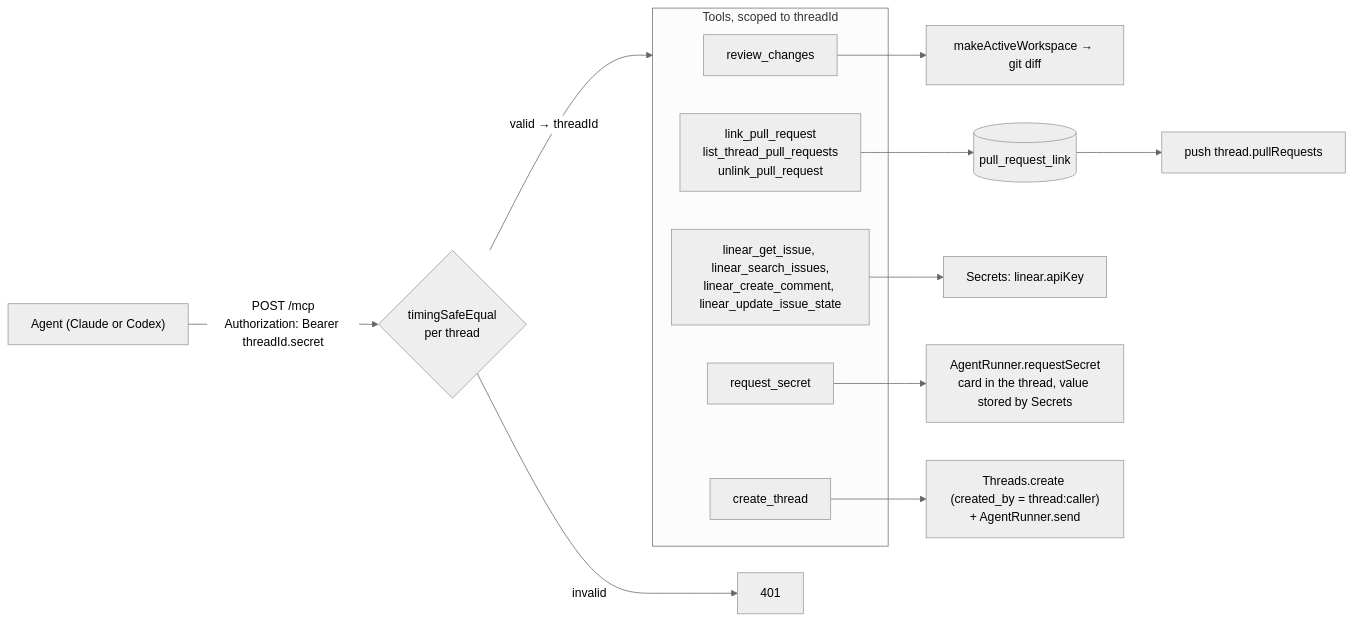
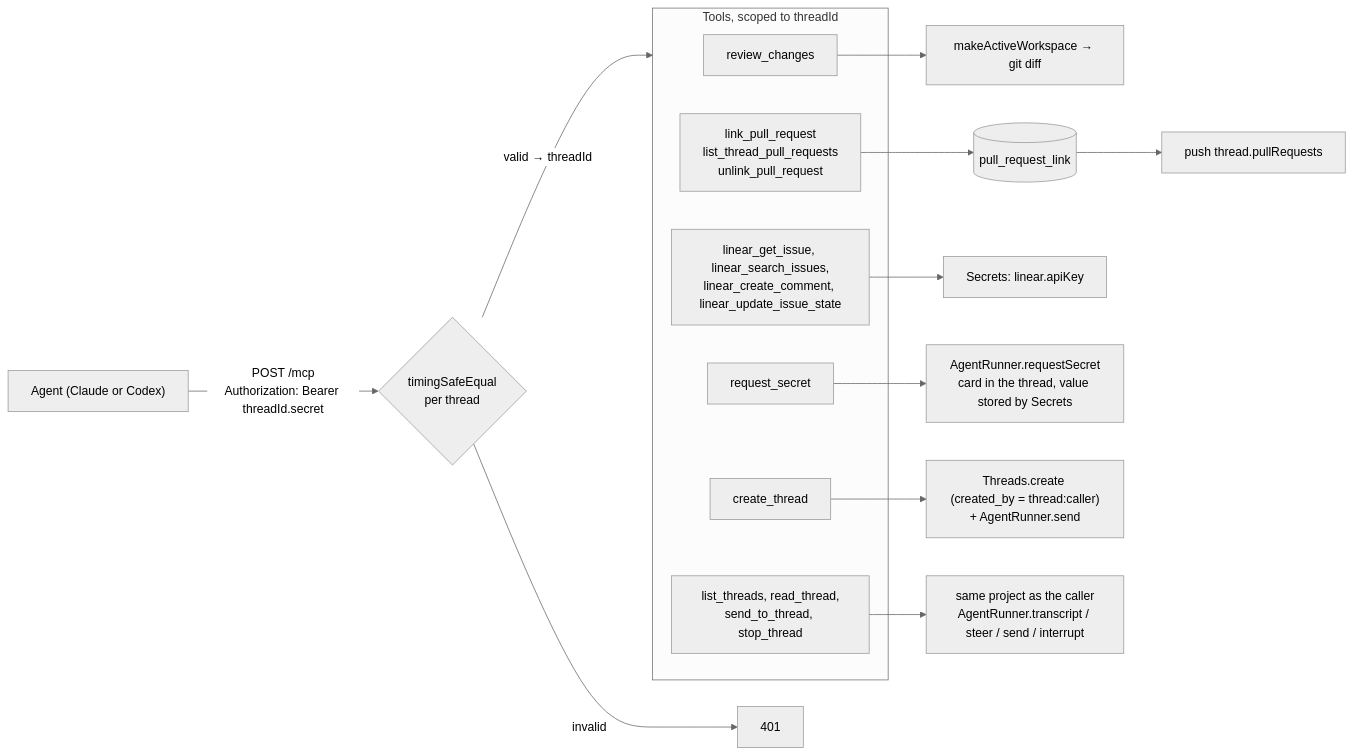
One commit to hinadev-ai/hinacode changed diagram 14 of 16 in docs/arch.md. Above: the diagram before and after it, drawn with Mermaid (neutral theme). The commit also changed other lines of this file and 8 other files, not shown here.

First line of the commit message:
feat(mcp): let agents follow up on project threads

````diff
--- a/docs/arch.md
+++ b/docs/arch.md
@@ -393,18 +393,20 @@
 ```mermaid
 flowchart LR
   agent["Agent (Claude or Codex)"] -- "POST /mcp<br/>Authorization: Bearer threadId.secret" --> auth{"timingSafeEqual<br/>per thread"}
   auth -- "valid → threadId" --> tools
   auth -- invalid --> deny["401"]
   subgraph tools["Tools, scoped to threadId"]
     review["review_changes"]
     prs["link_pull_request<br/>list_thread_pull_requests<br/>unlink_pull_request"]
     linear["linear_get_issue, linear_search_issues,<br/>linear_create_comment, linear_update_issue_state"]
     secret["request_secret"]
     create["create_thread"]
+    control["list_threads, read_thread,<br/>send_to_thread, stop_thread"]
   end
   review --> ws["makeActiveWorkspace → git diff"]
   prs --> db[("pull_request_link")] --> push["push thread.pullRequests"]
   linear --> apikey["Secrets: linear.apiKey"]
   secret --> runner["AgentRunner.requestSecret<br/>card in the thread, value stored by Secrets"]
   create --> threads["Threads.create (created_by = thread:caller)<br/>+ AgentRunner.send"]
+  control --> scope["same project as the caller<br/>AgentRunner.transcript / steer / send / interrupt"]
 ```
````
